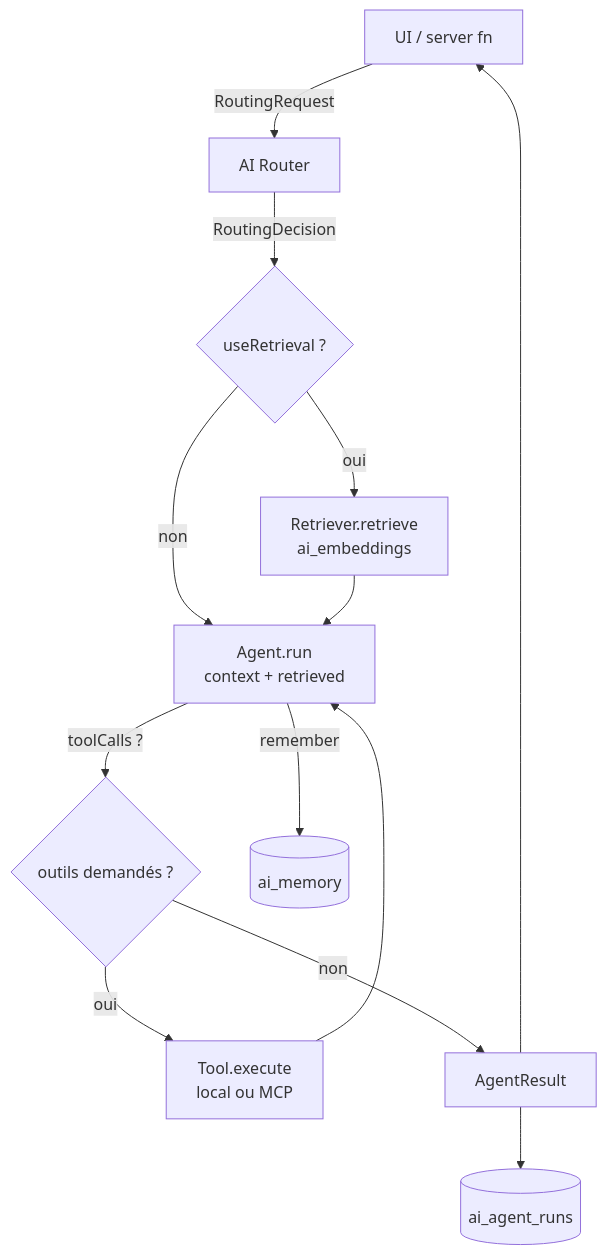
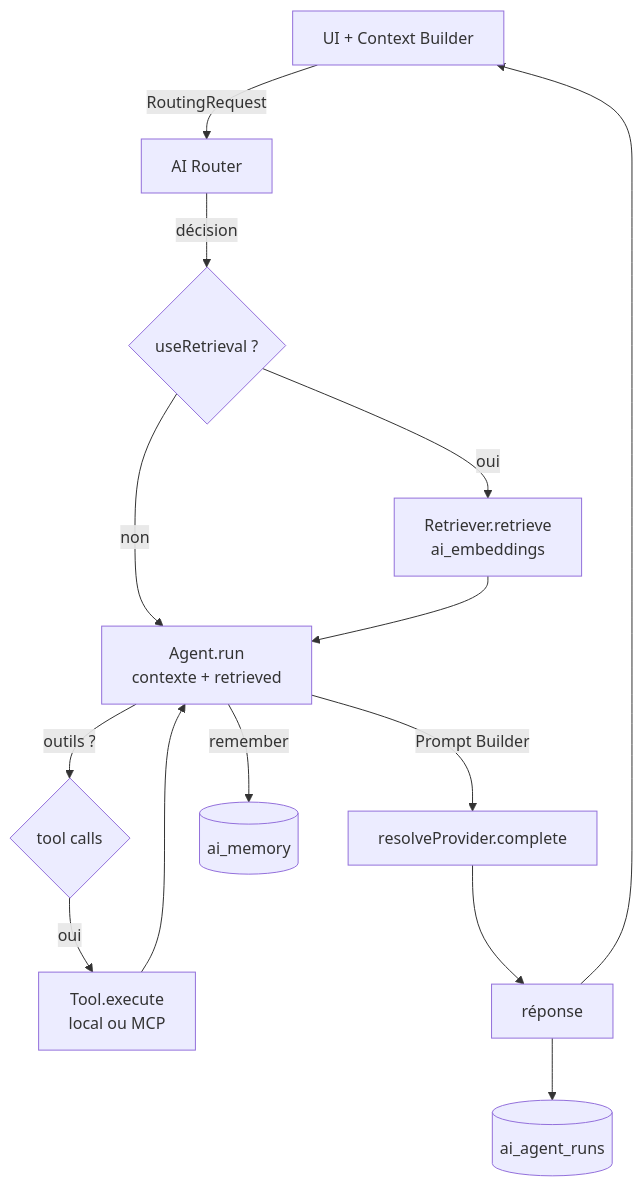
Before and after one commit to Amine2bxl/Trade-Vault: the second of 4 diagrams in docs/AI-ARCHITECTURE.md, drawn with Mermaid. The commit also changed other lines of this file and 30 other files, not shown here.

````diff
--- a/docs/AI-ARCHITECTURE.md
+++ b/docs/AI-ARCHITECTURE.md
@@ -104,14 +198,15 @@
 ```mermaid
 flowchart TB
-  UI[UI / server fn] -->|RoutingRequest| R[AI Router]
-  R -->|RoutingDecision| RAG{useRetrieval ?}
+  UI[UI + Context Builder] -->|RoutingRequest| R[AI Router]
+  R -->|décision| RAG{useRetrieval ?}
   RAG -->|oui| RET[Retriever.retrieve\nai_embeddings]
   RAG -->|non| A
-  RET --> A[Agent.run\ncontext + retrieved]
-  A -->|toolCalls ?| T{outils demandés ?}
+  RET --> A[Agent.run\ncontexte + retrieved]
+  A -->|Prompt Builder| P[resolveProvider.complete]
+  A -->|outils ?| T{tool calls}
   T -->|oui| EX[Tool.execute\nlocal ou MCP] --> A
-  T -->|non| OUT[AgentResult]
+  P --> OUT[réponse]
   A -->|remember| MEM[(ai_memory)]
   OUT --> TEL[(ai_agent_runs)]
   OUT --> UI
 ```
````
